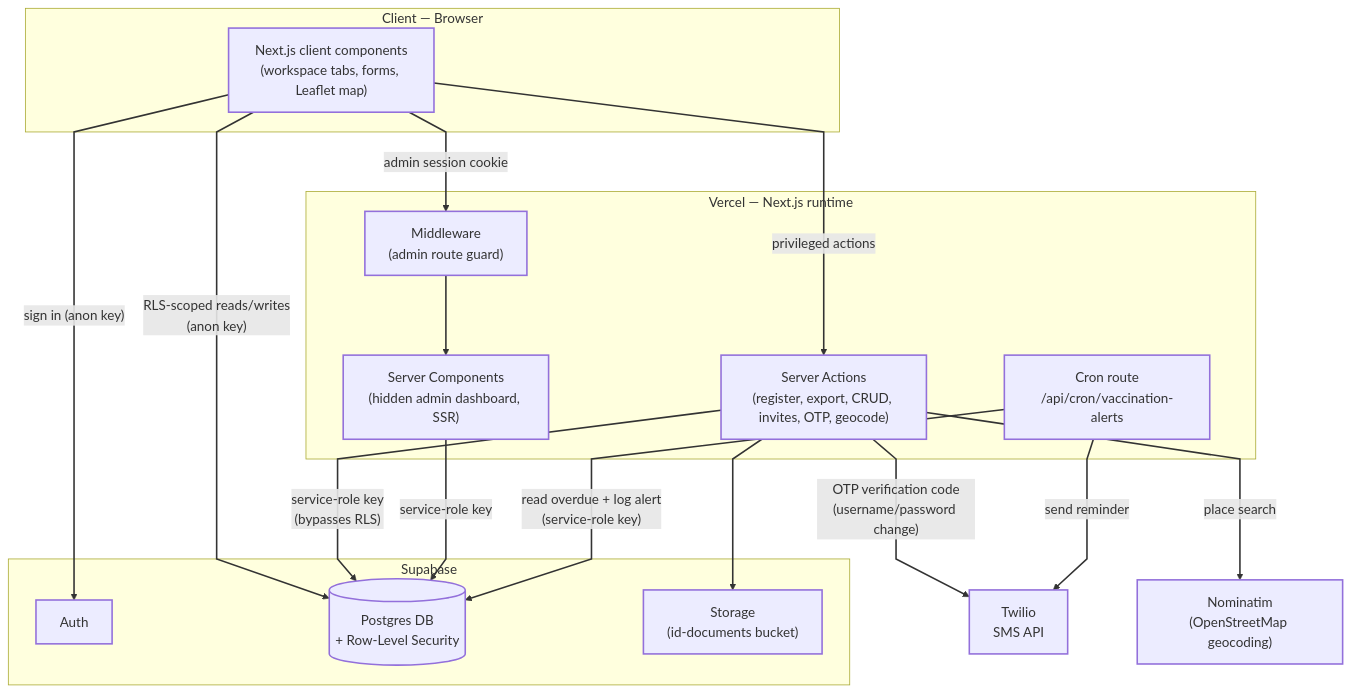
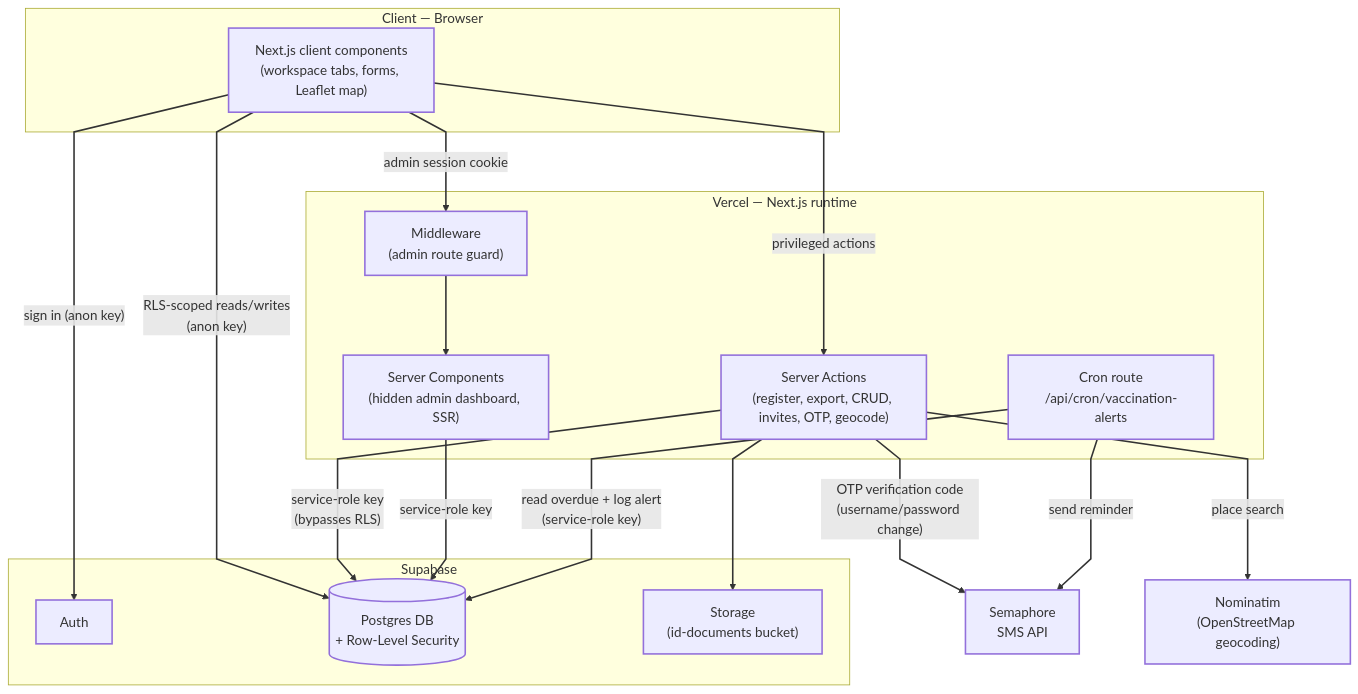
Before and after one commit to kiniakoangaccount/vaccitrack-capstone: the second of 8 diagrams in DIAGRAMS.md, drawn with Mermaid. The commit also changed other lines of this file and 14 other files, not shown here.

````diff
--- a/DIAGRAMS.md
+++ b/DIAGRAMS.md
@@ -25,38 +25,38 @@
 ```mermaid
 %%{init: {'flowchart': {'curve': 'linear'}, 'themeVariables': {'fontSize': '17px'}}}%%
 flowchart TB
   classDef default stroke-width:2px;
 
   subgraph CLIENT["Client — Browser"]
     UI["Next.js client components<br/>(workspace tabs, forms, Leaflet map)"]
   end
 
   subgraph VERCEL["Vercel — Next.js runtime"]
     MW["Middleware<br/>(admin route guard)"]
     RSC["Server Components<br/>(hidden admin dashboard, SSR)"]
     SA["Server Actions<br/>(register, export, CRUD, invites, OTP, geocode)"]
     CRON["Cron route<br/>/api/cron/vaccination-alerts"]
   end
 
   subgraph SUPABASE["Supabase"]
     AUTH["Auth"]
     DB[("Postgres DB<br/>+ Row-Level Security")]
     STORAGE["Storage<br/>(id-documents bucket)"]
   end
 
-  TWILIO["Twilio<br/>SMS API"]
+  SEMAPHORE["Semaphore<br/>SMS API"]
   NOMINATIM["Nominatim<br/>(OpenStreetMap geocoding)"]
 
   UI -- "sign in (anon key)" --> AUTH
   UI -- "RLS-scoped reads/writes<br/>(anon key)" --> DB
   UI -- "privileged actions" --> SA
   UI -- "admin session cookie" --> MW --> RSC
   SA -- "service-role key<br/>(bypasses RLS)" --> DB
   SA --> STORAGE
-  SA -- "OTP verification code<br/>(username/password change)" --> TWILIO
+  SA -- "OTP verification code<br/>(username/password change)" --> SEMAPHORE
   SA -- "place search" --> NOMINATIM
   RSC -- "service-role key" --> DB
   CRON -- "read overdue + log alert<br/>(service-role key)" --> DB
-  CRON -- "send reminder" --> TWILIO
+  CRON -- "send reminder" --> SEMAPHORE
   linkStyle default stroke-width:2px;
 ```
````
